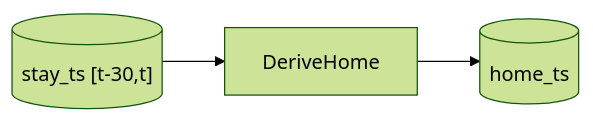
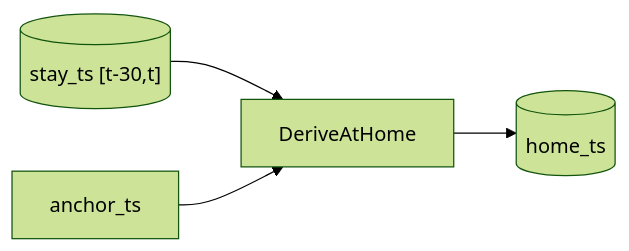
Diagram 11 of 14 in README.md (djvanderlaan/pipeline), drawn with Mermaid (forest theme) before and after one commit.

Commit message:
Update README.md
Added anchor_ts to UC1+

````diff
--- a/README.md
+++ b/README.md
@@ -140,7 +140,8 @@
 ```mermaid
 flowchart LR
 
-stay_ts[("stay_ts [t-30,t]")] --> DeriveHome --> home_ts[(home_ts)]
+stay_ts[("stay_ts [t-30,t]")] --> DeriveAtHome --> home_ts[(home_ts)]
+anchor_ts["anchor_ts"] --> DeriveAtHome
 
 classDef data stroke-width:0px
 ```
````
